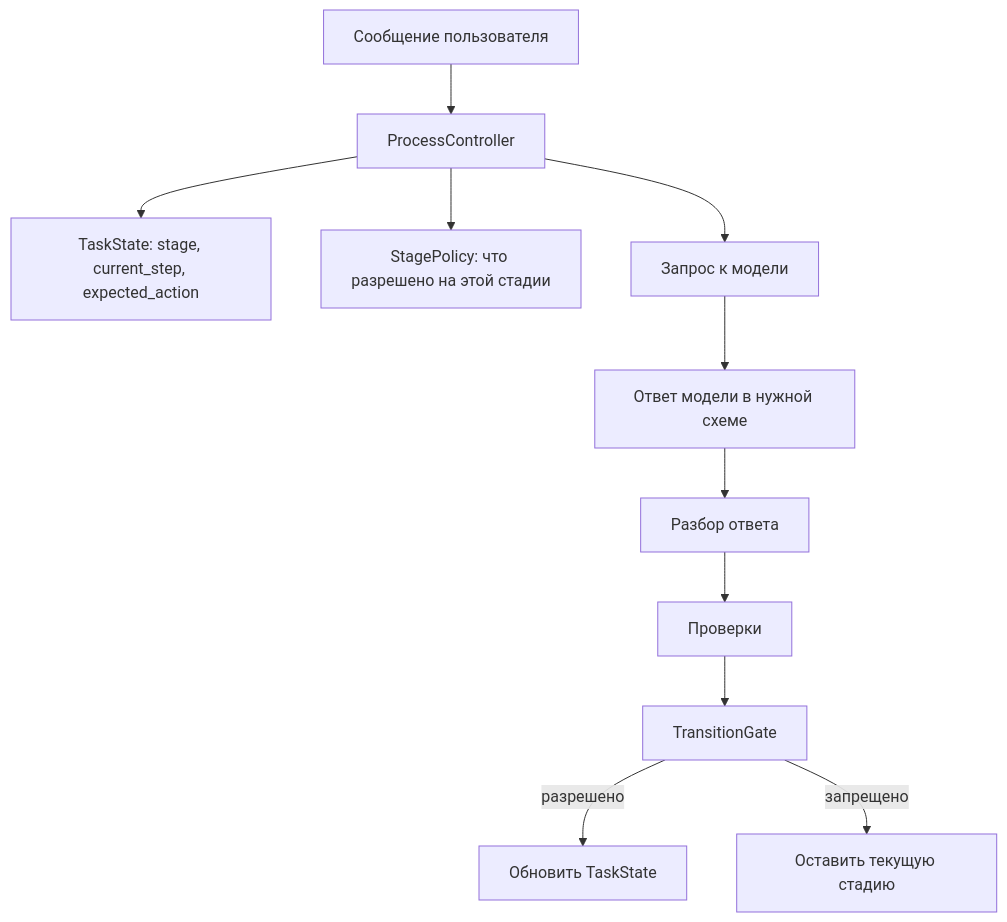
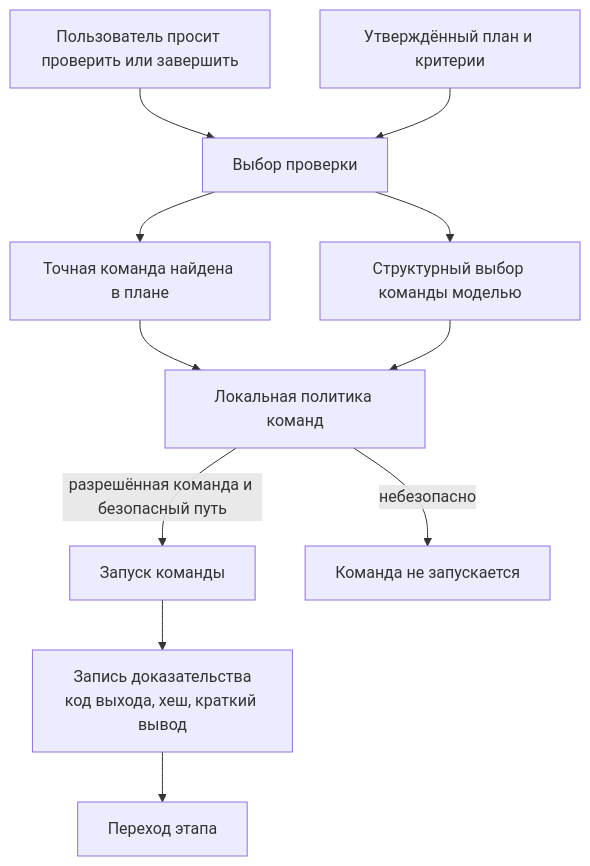
One commit to nikbrik/coding_writer changed the fourth of 6 diagrams in README.md. Above: the diagram before and after it, drawn with Mermaid. The commit also changed other lines of this file and 10 other files, not shown here.

````diff
--- a/README.md
+++ b/README.md
@@ -374,13 +90,13 @@
 ```mermaid
 flowchart TD
-    Input["Сообщение пользователя"] --> Controller["ProcessController"]
-    Controller --> State["TaskState: stage, current_step, expected_action"]
-    Controller --> Policy["StagePolicy: что разрешено на этой стадии"]
-    Controller --> Prompt["Запрос к модели"]
-    Prompt --> Response["Ответ модели в нужной схеме"]
-    Response --> Parser["Разбор ответа"]
-    Parser --> Validators["Проверки"]
-    Validators --> Gate["TransitionGate"]
-    Gate -->|разрешено| Move["Обновить TaskState"]
-    Gate -->|запрещено| Stay["Оставить текущую стадию"]
+    Intent["Пользователь просит проверить или завершить"] --> Resolver["Выбор проверки"]
+    Plan["Утверждённый план и критерии"] --> Resolver
+    Resolver --> Exact["Точная команда найдена в плане"]
+    Resolver --> Planner["Структурный выбор команды моделью"]
+    Exact --> Policy["Локальная политика команд"]
+    Planner --> Policy
+    Policy -->|разрешённая команда и безопасный путь| Run["Запуск команды"]
+    Policy -->|небезопасно| Block["Команда не запускается"]
+    Run --> Evidence["Запись доказательства<br/>код выхода, хеш, краткий вывод"]
+    Evidence --> Gate["Переход этапа"]
 ```
````
